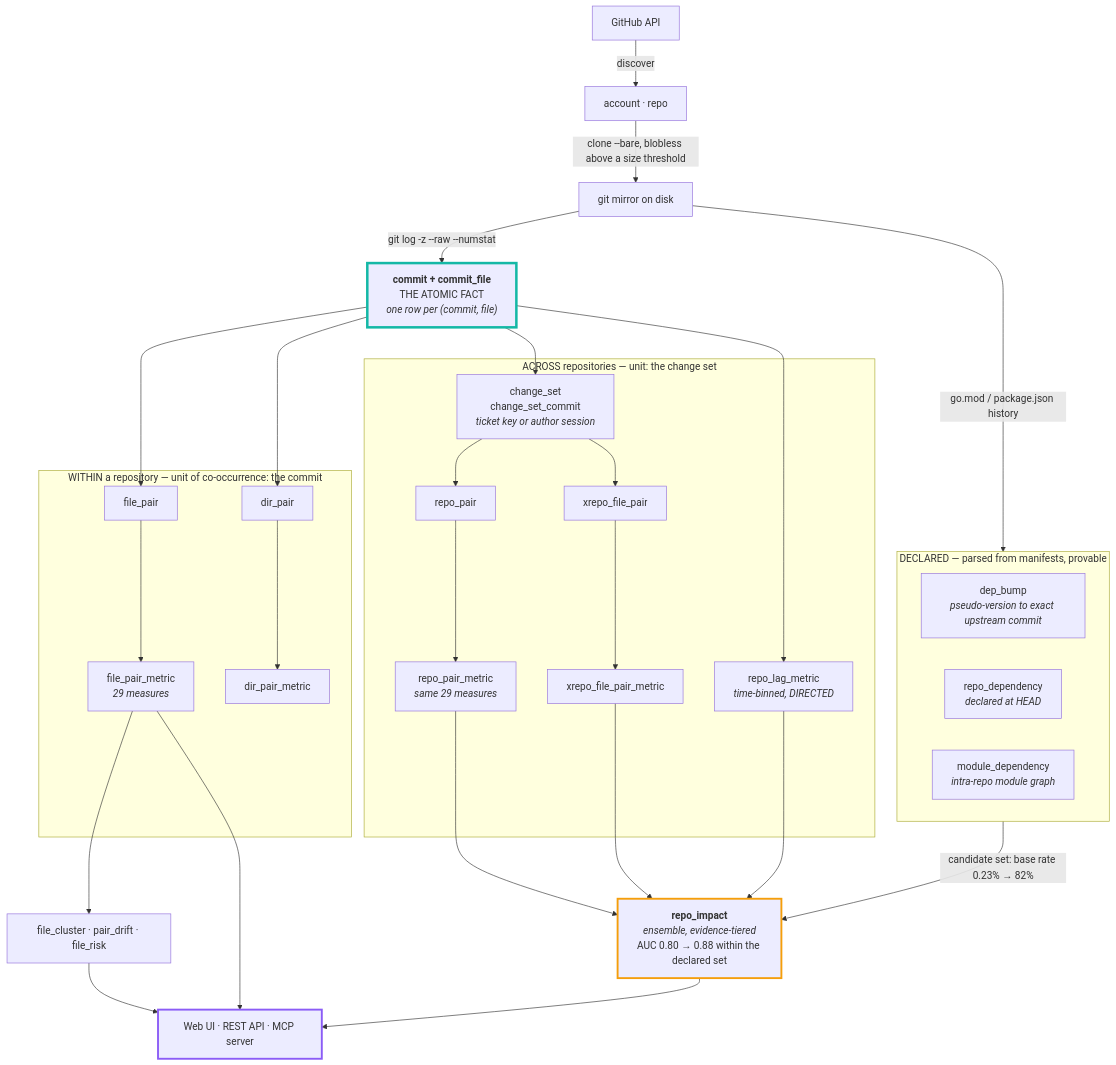
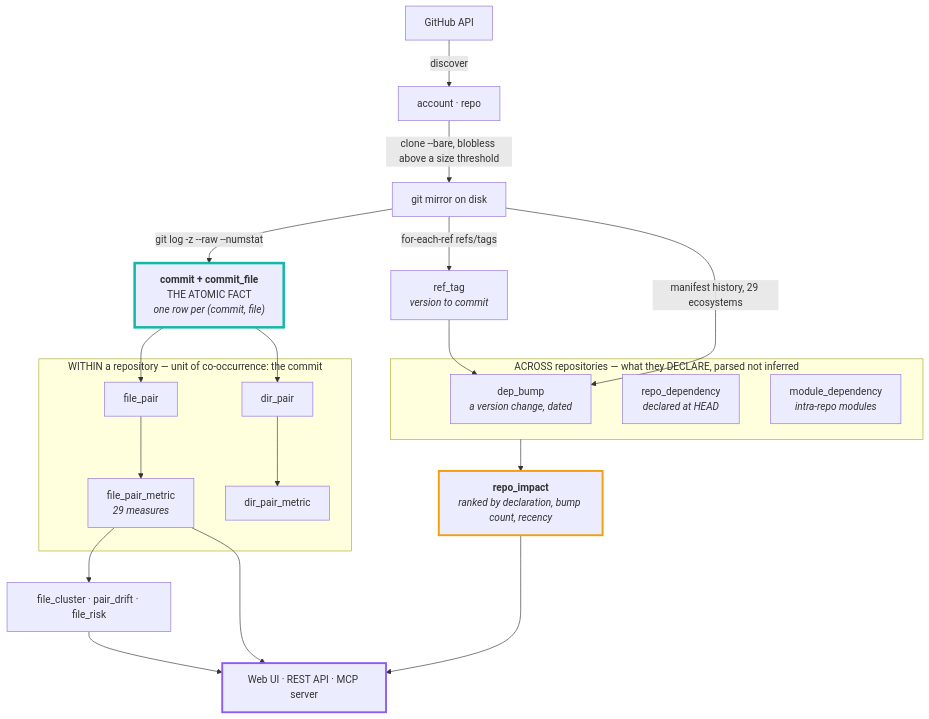
One commit to kirankn8/git-synapse changed the first of 6 diagrams in DESIGN.md. Above: the diagram before and after it, drawn with Mermaid. The commit also changed other lines of this file and 1 other file, not shown here.

First line of the commit message:
Update the docs for the declared dependency graph

````diff
--- a/DESIGN.md
+++ b/DESIGN.md
@@ -100,49 +87,38 @@
 ```mermaid
 flowchart TB
     GH["GitHub API"] -->|discover| REPO["account · repo"]
     REPO -->|"clone --bare, blobless above a size threshold"| MIRROR["git mirror on disk"]
     MIRROR -->|"git log -z --raw --numstat"| ATOM
-    MIRROR -->|"go.mod / package.json history"| declared
+    MIRROR -->|"for-each-ref refs/tags"| TAGS["ref_tag<br/><i>version to commit</i>"]
+    MIRROR -->|"manifest history, 29 ecosystems"| DECL
 
     ATOM["<b>commit + commit_file</b><br/>THE ATOMIC FACT<br/><i>one row per (commit, file)</i>"]
 
     subgraph within["WITHIN a repository — unit of co-occurrence: the commit"]
         FP["file_pair"] --> FPM["file_pair_metric<br/><i>29 measures</i>"]
         DP["dir_pair"] --> DPM["dir_pair_metric"]
     end
 
-    subgraph across["ACROSS repositories — unit: the change set"]
-        CS["change_set<br/>change_set_commit<br/><i>ticket key or author session</i>"]
-        CS --> RP["repo_pair"] --> RPM["repo_pair_metric<br/><i>same 29 measures</i>"]
-        CS --> XF["xrepo_file_pair"] --> XFM["xrepo_file_pair_metric"]
-        LAG["repo_lag_metric<br/><i>time-binned, DIRECTED</i>"]
-    end
-
-    subgraph declared["DECLARED — parsed from manifests, provable"]
-        DECL["dep_bump<br/><i>pseudo-version to exact upstream commit</i>"]
+    subgraph declared["ACROSS repositories — what they DECLARE, parsed not inferred"]
+        DECL["dep_bump<br/><i>a version change, dated</i>"]
         RD["repo_dependency<br/><i>declared at HEAD</i>"]
-        MD["module_dependency<br/><i>intra-repo module graph</i>"]
+        MD["module_dependency<br/><i>intra-repo modules</i>"]
     end
 
     ATOM --> FP
     ATOM --> DP
-    ATOM --> CS
-    ATOM --> LAG
+    TAGS --> DECL
+    declared --> IMPACT
 
-    RPM --> IMPACT
-    XFM --> IMPACT
-    LAG --> IMPACT
-    declared -->|"candidate set: base rate 0.23% → 82%"| IMPACT
-
-    IMPACT["<b>repo_impact</b><br/><i>ensemble, evidence-tiered</i><br/>AUC 0.80 → 0.88 within the declared set"]
+    IMPACT["<b>repo_impact</b><br/><i>ranked by declaration, bump count, recency</i>"]
 
     FPM --> MINE["file_cluster · pair_drift · file_risk"]
     FPM --> OUT
     IMPACT --> OUT
     MINE --> OUT
     OUT["Web UI · REST API · MCP server"]
 
     style ATOM stroke:#14b8a6,stroke-width:4px
     style IMPACT stroke:#f59e0b,stroke-width:3px
     style OUT stroke:#8b5cf6,stroke-width:3px
 ```
````
